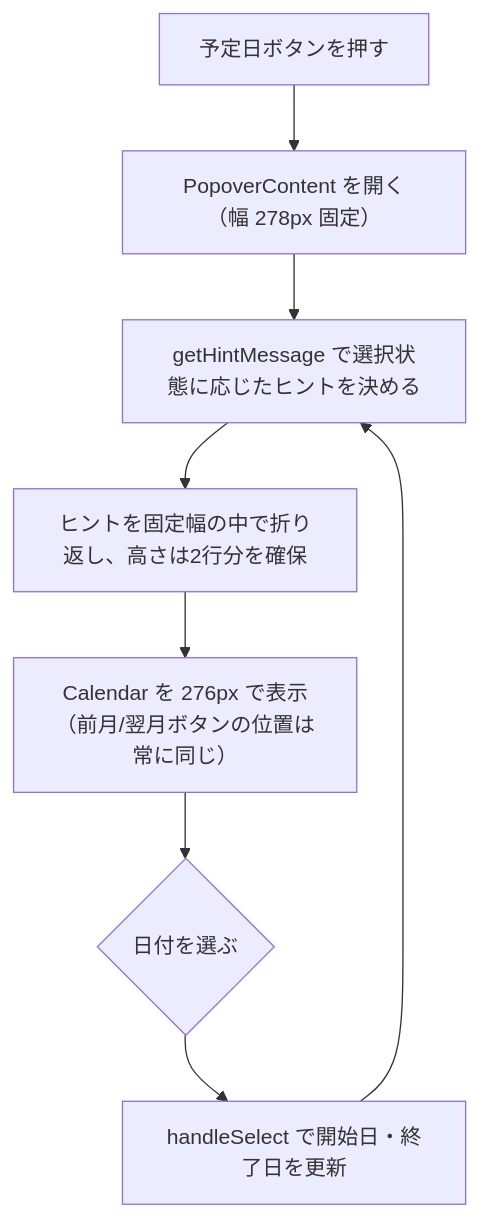
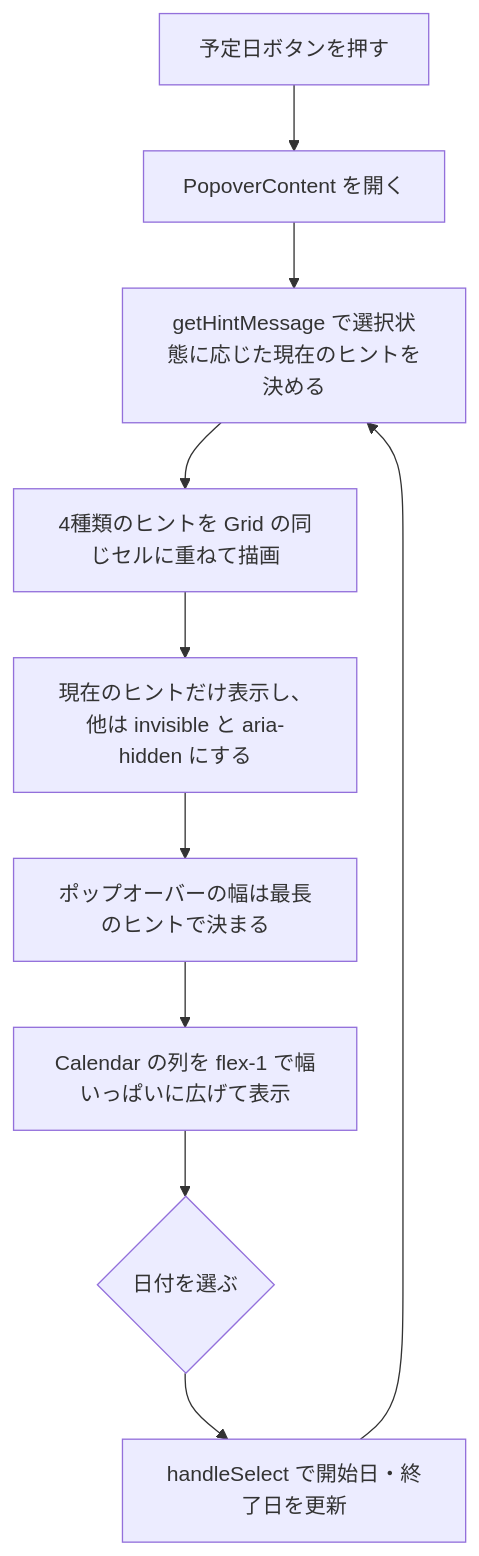
Before and after one commit to ju-ki/moptabi: the diagram in docs/tasks/No.439/処理フロー.md, drawn with Mermaid. The commit also changed other lines of this file and 2 other files, not shown here.

Commit message:
docs: No.439 ヒントを1行のままカレンダー幅を揃える方針に変更
Claude-Session: https://claude.ai/code/session_01NZnmX6PyaPPTQPP8UgZh84

````diff
--- a/docs/tasks/No.439/処理フロー.md
+++ b/docs/tasks/No.439/処理フロー.md
@@ -3,10 +3,12 @@
 ```mermaid
 flowchart TD
-  A["予定日ボタンを押す"] --> B["PopoverContent を開く（幅 278px 固定）"]
-  B --> C["getHintMessage で選択状態に応じたヒントを決める"]
-  C --> D["ヒントを固定幅の中で折り返し、高さは2行分を確保"]
-  D --> E["Calendar を 276px で表示（前月/翌月ボタンの位置は常に同じ）"]
-  E --> F{"日付を選ぶ"}
-  F --> G["handleSelect で開始日・終了日を更新"]
-  G --> C
+  A["予定日ボタンを押す"] --> B["PopoverContent を開く"]
+  B --> C["getHintMessage で選択状態に応じた現在のヒントを決める"]
+  C --> D["4種類のヒントを Grid の同じセルに重ねて描画"]
+  D --> E["現在のヒントだけ表示し、他は invisible と aria-hidden にする"]
+  E --> F["ポップオーバーの幅は最長のヒントで決まる"]
+  F --> G["Calendar の列を flex-1 で幅いっぱいに広げて表示"]
+  G --> H{"日付を選ぶ"}
+  H --> I["handleSelect で開始日・終了日を更新"]
+  I --> C
 ```
````
